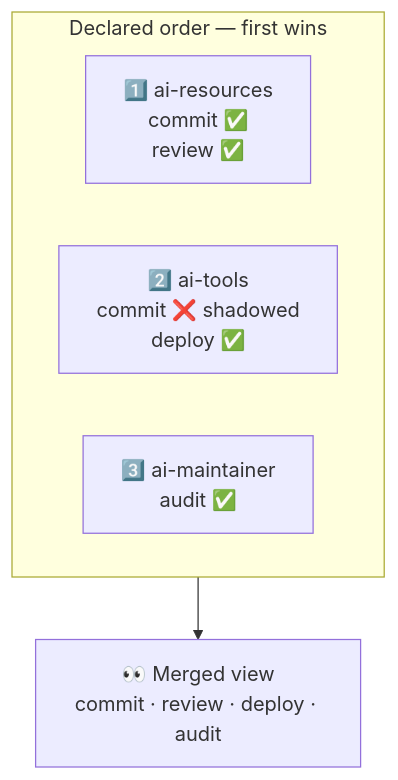
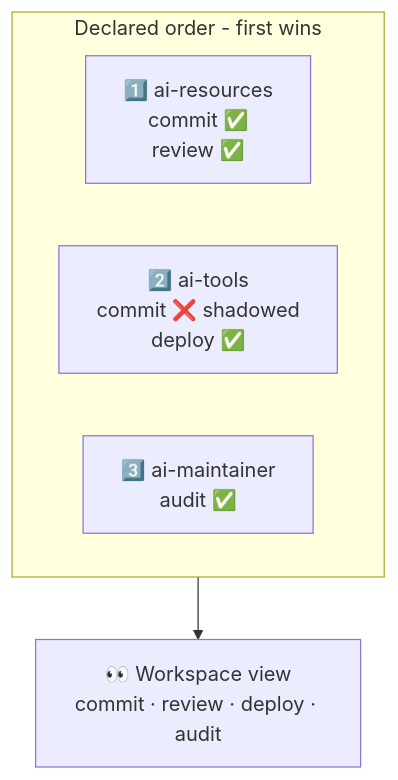
Before and after one commit to sylvanld/airfs: the second of 2 diagrams in README.md, drawn with Mermaid. The commit also changed other lines of this file, not shown here.

````diff
--- a/README.md
+++ b/README.md
@@ -54,11 +62,11 @@
 ```mermaid
 flowchart TB
-    subgraph S["Declared order — first wins"]
+    subgraph S["Declared order - first wins"]
         direction LR
         S1["1️⃣ ai-resources<br/>commit ✅<br/>review ✅"]
         S2["2️⃣ ai-tools<br/>commit ❌ shadowed<br/>deploy ✅"]
         S3["3️⃣ ai-maintainer<br/>audit ✅"]
     end
 
-    S --> R["👀 Merged view<br/>commit · review · deploy · audit"]
+    S --> R["👀 Workspace view<br/>commit · review · deploy · audit"]
 ```
````
